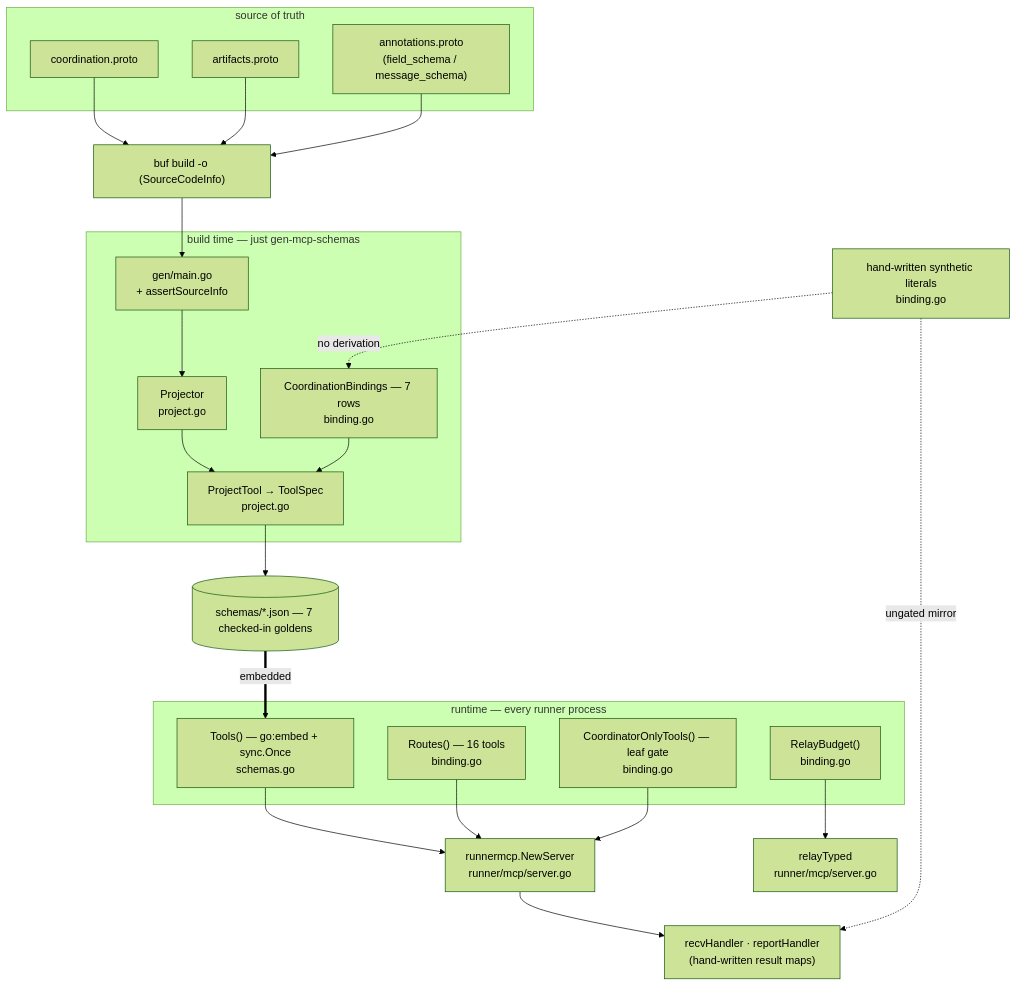
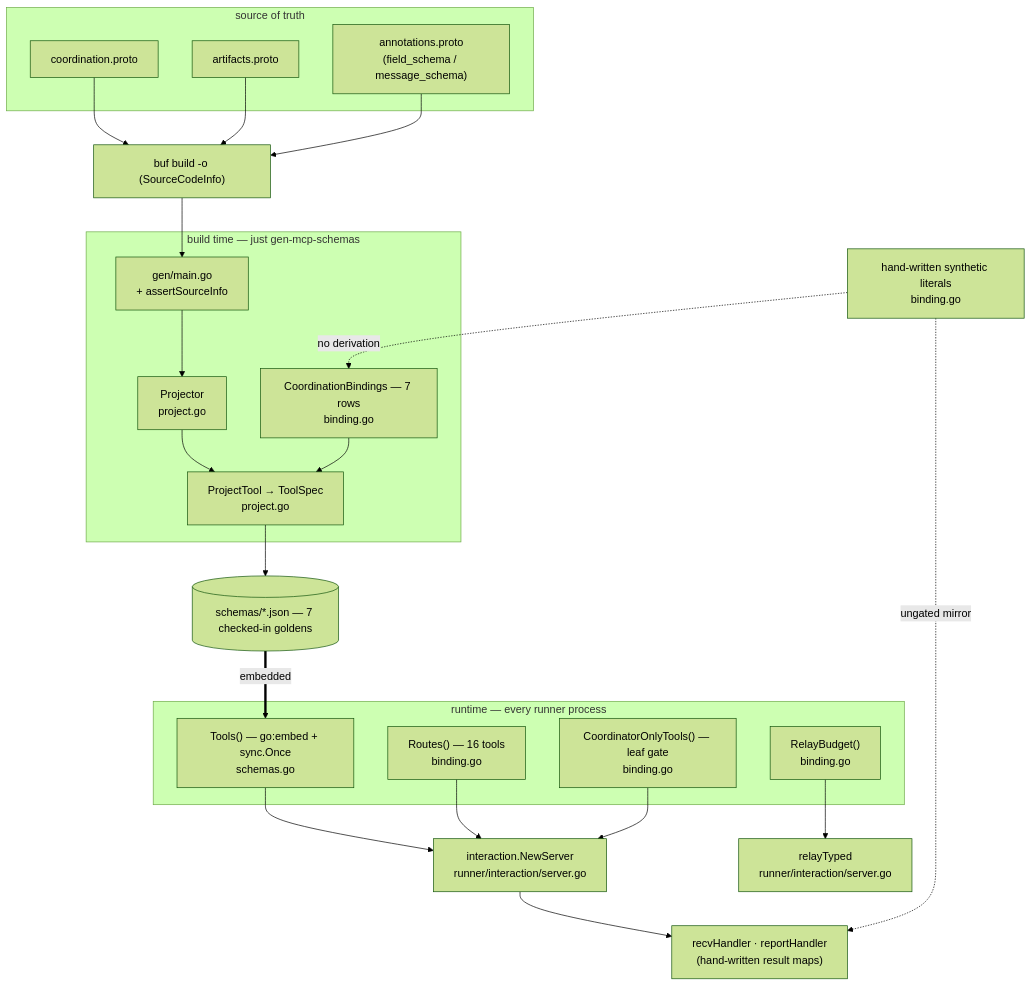
The diagram in docs/architecture/agentcoord/mcp-tool-surface.md (ctxloom/ctxloom), drawn with Mermaid (forest theme) before and after one commit. The commit also changed other lines of this file and 40 other files, not shown here.

First line of the commit message:
refactor(runner): rename runner/mcp to runner/interaction (worried-chief L0)

````diff
--- a/docs/architecture/agentcoord/mcp-tool-surface.md
+++ b/docs/architecture/agentcoord/mcp-tool-surface.md
@@ -15,31 +15,31 @@
 ```mermaid
 flowchart TD
   subgraph SoT["source of truth"]
     P1["coordination.proto"]
     P2["artifacts.proto"]
     P3["annotations.proto<br/>(field_schema / message_schema)"]
   end
   BUF["buf build -o (SourceCodeInfo)"]
   P1 & P2 & P3 --> BUF
   subgraph GEN["build time — just gen-mcp-schemas"]
     MAIN["gen/main.go<br/>+ assertSourceInfo"]
     PROJ["Projector<br/>project.go"]
     BIND["CoordinationBindings — 7 rows<br/>binding.go"]
     PT["ProjectTool → ToolSpec<br/>project.go"]
   end
   BUF --> MAIN --> PROJ --> PT
   BIND --> PT
   PT --> GOLD[("schemas/*.json — 7 checked-in goldens")]
   SYN["hand-written synthetic literals<br/>binding.go"] -.->|no derivation| BIND
   subgraph RT["runtime — every runner process"]
     TOOLS["Tools() — go:embed + sync.Once<br/>schemas.go"]
     ROUTES["Routes() — 16 tools<br/>binding.go"]
     COO["CoordinatorOnlyTools() — leaf gate<br/>binding.go"]
     RB["RelayBudget()<br/>binding.go"]
   end
   GOLD ==>|embedded| TOOLS
-  TOOLS & ROUTES & COO --> RUNNER["runnermcp.NewServer<br/>runner/mcp/server.go"]
-  RB --> RELAY["relayTyped<br/>runner/mcp/server.go"]
+  TOOLS & ROUTES & COO --> RUNNER["interaction.NewServer<br/>runner/interaction/server.go"]
+  RB --> RELAY["relayTyped<br/>runner/interaction/server.go"]
   RUNNER --> HANDLERS["recvHandler · reportHandler<br/>(hand-written result maps)"]
   SYN -.->|ungated mirror| HANDLERS
 ```
````
